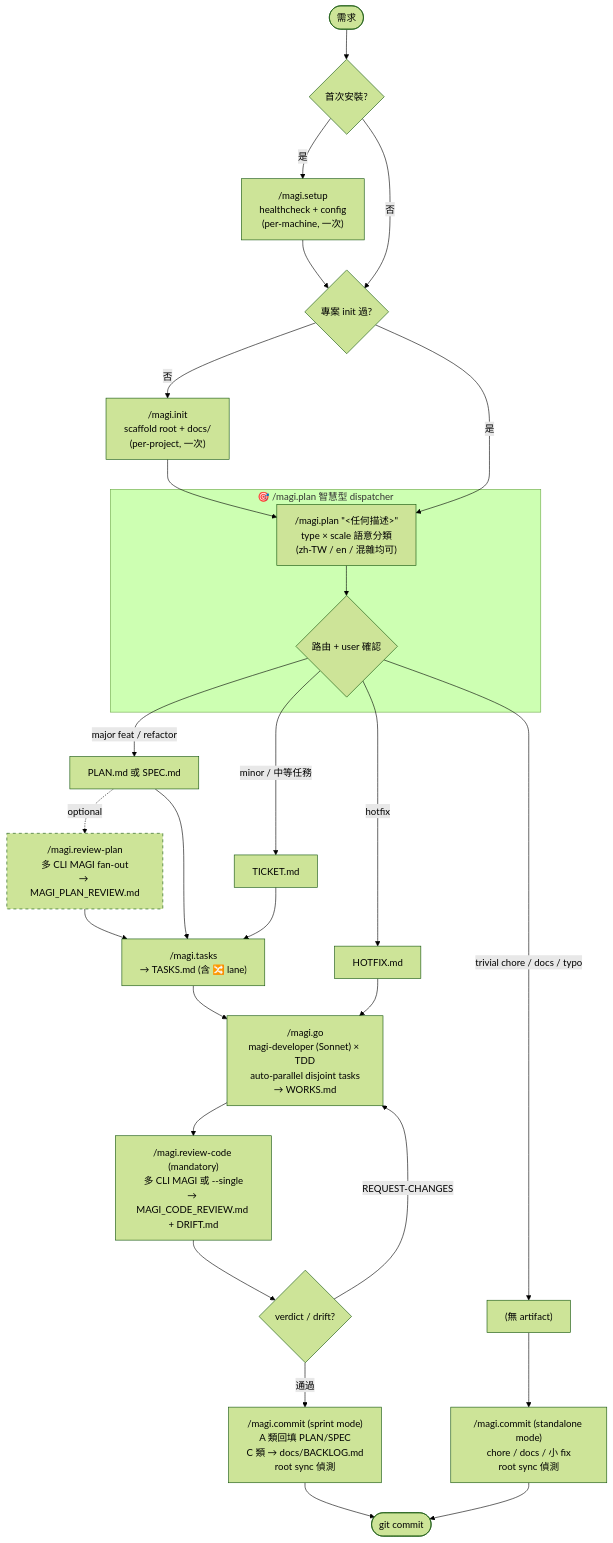
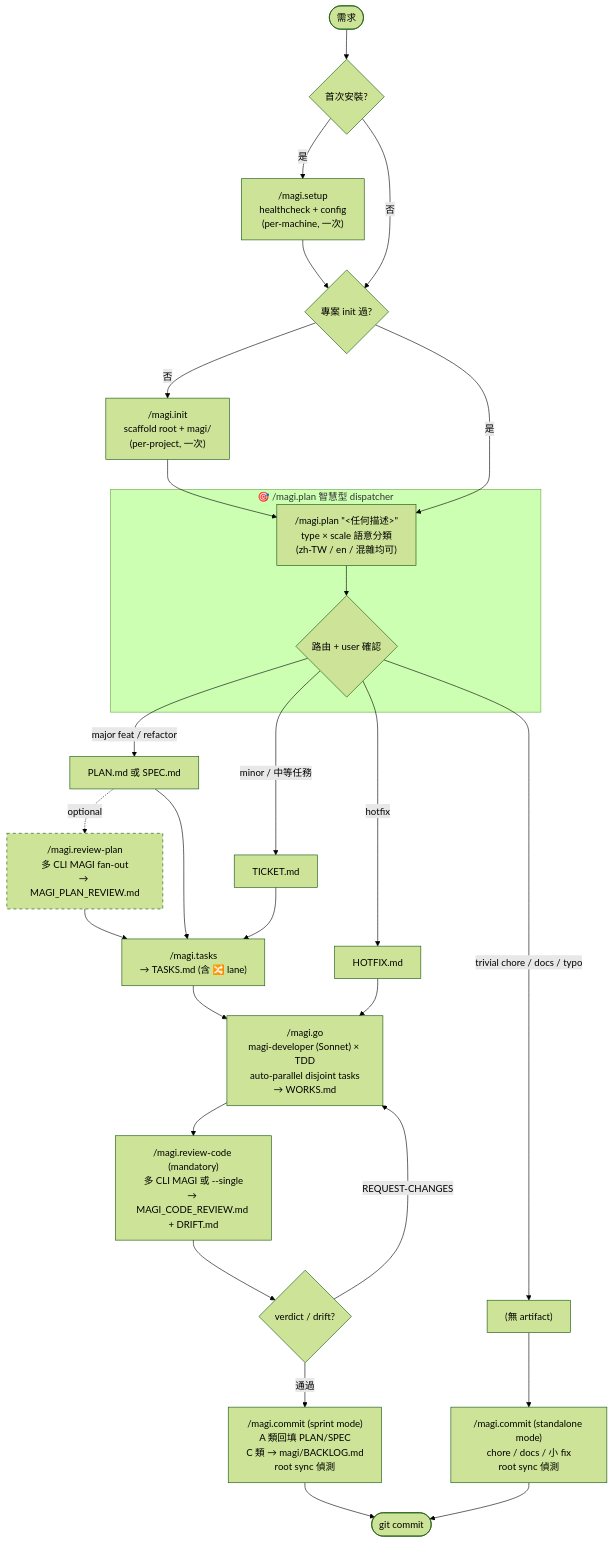
One commit to howar31/magi-workflow changed the first of 2 diagrams in README.md. Above: the diagram before and after it, drawn with Mermaid (forest theme). The commit also changed other lines of this file and 23 other files, not shown here.

First line of the commit message:
refactor(layout)!: rename docs/ to magi/ for project + sprint folders

````diff
--- a/README.md
+++ b/README.md
@@ -41,48 +41,48 @@
 ```mermaid
 flowchart TD
     Start([需求]) --> SetupGate{首次安裝?}
     SetupGate -- 是 --> Setup["/magi.setup<br/>healthcheck + config<br/>(per-machine, 一次)"]
     SetupGate -- 否 --> InitGate
     Setup --> InitGate
 
-    InitGate{專案 init 過?} -- 否 --> Init["/magi.init<br/>scaffold root + docs/<br/>(per-project, 一次)"]
+    InitGate{專案 init 過?} -- 否 --> Init["/magi.init<br/>scaffold root + magi/<br/>(per-project, 一次)"]
     InitGate -- 是 --> Plan
     Init --> Plan
 
     subgraph Dispatch["🎯 /magi.plan 智慧型 dispatcher"]
         Plan["/magi.plan &quot;&lt;任何描述&gt;&quot;<br/>type × scale 語意分類<br/>(zh-TW / en / 混雜均可)"]
         Plan --> Route{路由 + user 確認}
     end
 
     Route -- "major feat / refactor" --> ArtBig["PLAN.md 或 SPEC.md"]
     Route -- "minor / 中等任務" --> ArtMid["TICKET.md"]
     Route -- hotfix --> ArtHot["HOTFIX.md"]
     Route -- "trivial chore / docs / typo" --> ArtTiny["(無 artifact)"]
 
     ArtBig -. optional .-> RP["/magi.review-plan<br/>多 CLI MAGI fan-out<br/>→ MAGI_PLAN_REVIEW.md"]
     ArtBig --> Tasks
     ArtMid --> Tasks
     ArtHot --> Go
     ArtTiny --> Stand
     RP --> Tasks
 
     Tasks["/magi.tasks<br/>→ TASKS.md (含 🔀 lane)"]
     Tasks --> Go
 
     Go["/magi.go<br/>magi-developer (Sonnet) × TDD<br/>auto-parallel disjoint tasks<br/>→ WORKS.md"]
     Go --> RC
 
     RC["/magi.review-code (mandatory)<br/>多 CLI MAGI 或 --single<br/>→ MAGI_CODE_REVIEW.md + DRIFT.md"]
     RC --> Verdict{verdict / drift?}
     Verdict -- "REQUEST-CHANGES" --> Go
     Verdict -- 通過 --> Sprint
 
-    Sprint["/magi.commit (sprint mode)<br/>A 類回填 PLAN/SPEC<br/>C 類 → docs/BACKLOG.md<br/>root sync 偵測"]
+    Sprint["/magi.commit (sprint mode)<br/>A 類回填 PLAN/SPEC<br/>C 類 → magi/BACKLOG.md<br/>root sync 偵測"]
     Stand["/magi.commit (standalone mode)<br/>chore / docs / 小 fix<br/>root sync 偵測"]
 
     Sprint --> Done([git commit])
     Stand --> Done
 
     classDef optional stroke-dasharray: 5 5
     class RP optional
 ```
````
